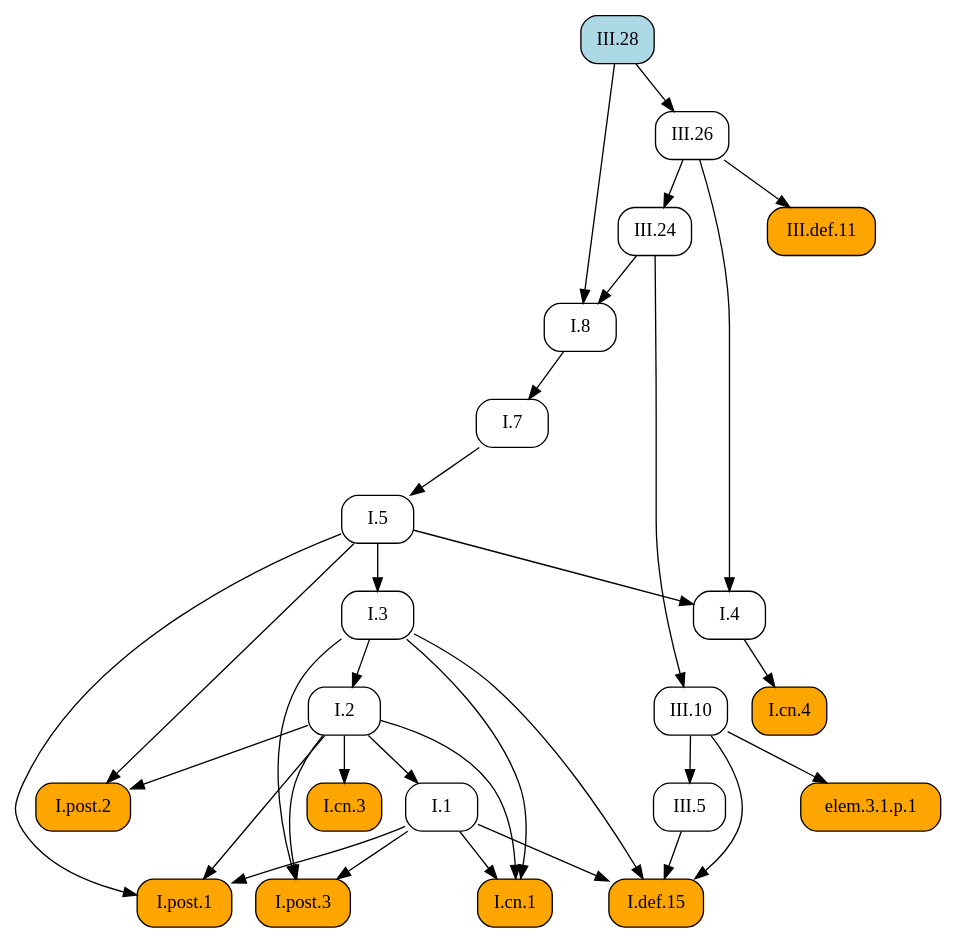
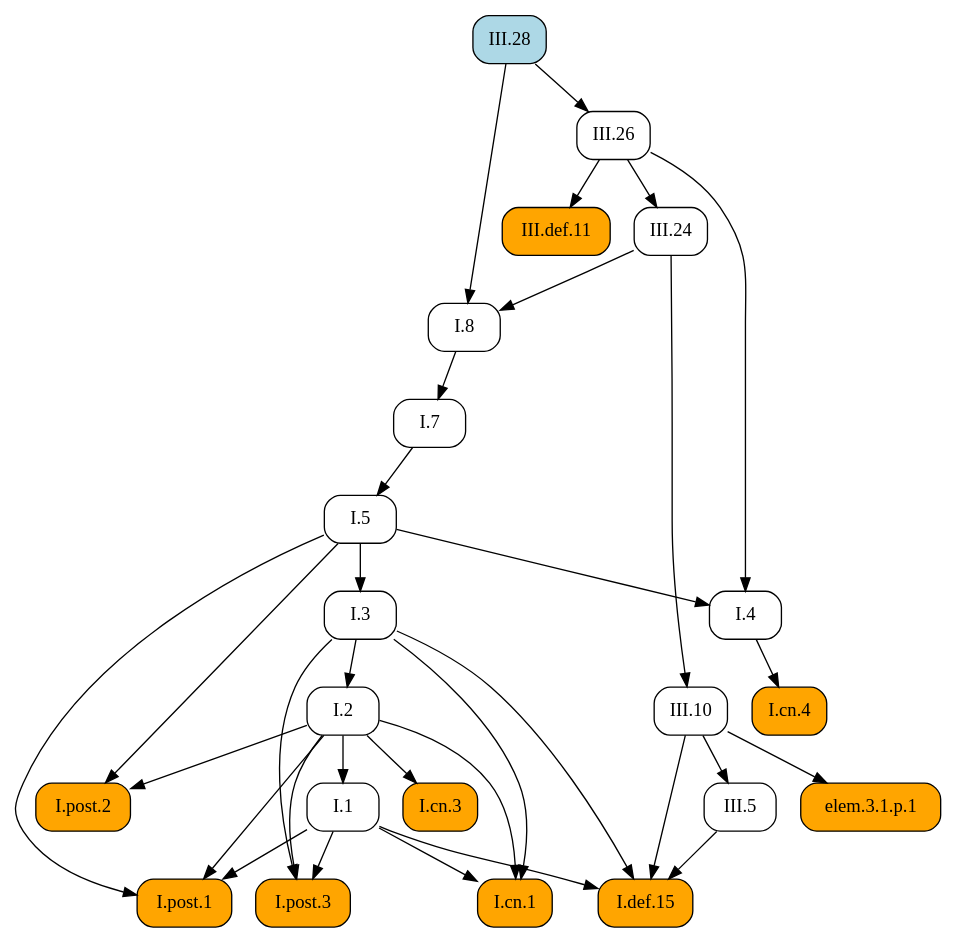
One commit to geometor/elements changed the diagram in docsrc/heath/III/28/index.rst. Above: the diagram before and after it, drawn with Graphviz. The commit also changed other lines of this file and 1029 other files, not shown here.

```diff
--- a/docsrc/heath/III/28/index.rst
+++ b/docsrc/heath/III/28/index.rst
@@ -55,59 +55,59 @@
 .. graphviz::
 
    digraph {
      rankdir="TB";
      node [shape=box, style=rounded];
-     "I.cn.3" [style="rounded,filled", fillcolor=orange, URL="/heath/I/cn.3/", target="_top"];
-     "I.5" [URL="/heath/I/5/", target="_top"];
-     "III.def.11" [style="rounded,filled", fillcolor=orange, URL="/heath/III/def.11/", target="_top"];
+     "I.1" [URL="/heath/I/1/", target="_top"];
      "I.7" [URL="/heath/I/7/", target="_top"];
-     "I.4" [URL="/heath/I/4/", target="_top"];
      "I.3" [URL="/heath/I/3/", target="_top"];
      "III.26" [URL="/heath/III/26/", target="_top"];
+     "I.2" [URL="/heath/I/2/", target="_top"];
+     "I.4" [URL="/heath/I/4/", target="_top"];
+     "elem.3.1.p.1" [style="rounded,filled", fillcolor=orange];
+     "I.post.2" [style="rounded,filled", fillcolor=orange, URL="/heath/I/post.2/", target="_top"];
+     "III.def.11" [style="rounded,filled", fillcolor=orange, URL="/heath/III/def.11/", target="_top"];
+     "I.def.15" [style="rounded,filled", fillcolor=orange, URL="/heath/I/def.15/", target="_top"];
+     "III.10" [URL="/heath/III/10/", target="_top"];
+     "I.post.3" [style="rounded,filled", fillcolor=orange, URL="/heath/I/post.3/", target="_top"];
+     "I.cn.1" [style="rounded,filled", fillcolor=orange, URL="/heath/I/cn.1/", target="_top"];
+     "I.cn.3" [style="rounded,filled", fillcolor=orange, URL="/heath/I/cn.3/", target="_top"];
      "I.8" [URL="/heath/I/8/", target="_top"];
-     "III.10" [URL="/heath/III/10/", target="_top"];
-     "I.post.2" [style="rounded,filled", fillcolor=orange, URL="/heath/I/post.2/", target="_top"];
-     "I.2" [URL="/heath/I/2/", target="_top"];
-     "I.def.15" [style="rounded,filled", fillcolor=orange, URL="/heath/I/def.15/", target="_top"];
-     "I.1" [URL="/heath/I/1/", target="_top"];
+     "I.cn.4" [style="rounded,filled", fillcolor=orange, URL="/heath/I/cn.4/", target="_top"];
+     "III.28" [style="rounded,filled", fillcolor=lightblue, URL="/heath/III/28/", target="_top"];
+     "I.post.1" [style="rounded,filled", fillcolor=orange, URL="/heath/I/post.1/", target="_top"];
      "III.24" [URL="/heath/III/24/", target="_top"];
-     "I.post.3" [style="rounded,filled", fillcolor=orange, URL="/heath/I/post.3/", target="_top"];
-     "I.post.1" [style="rounded,filled", fillcolor=orange, URL="/heath/I/post.1/", target="_top"];
-     "III.28" [style="rounded,filled", fillcolor=lightblue, URL="/heath/III/28/", target="_top"];
-     "I.cn.4" [style="rounded,filled", fillcolor=orange, URL="/heath/I/cn.4/", target="_top"];
-     "elem.3.1.p.1" [style="rounded,filled", fillcolor=orange];
-     "I.cn.1" [style="rounded,filled", fillcolor=orange, URL="/heath/I/cn.1/", target="_top"];
+     "I.5" [URL="/heath/I/5/", target="_top"];
      "III.5" [URL="/heath/III/5/", target="_top"];
-     "I.2" -> "I.cn.3";
-     "I.7" -> "I.5";
-     "III.26" -> "III.def.11";
+     "I.2" -> "I.1";
      "I.8" -> "I.7";
+     "I.5" -> "I.3";
+     "III.28" -> "III.26";
+     "I.3" -> "I.2";
      "I.5" -> "I.4";
      "III.26" -> "I.4";
-     "I.5" -> "I.3";
-     "III.28" -> "III.26";
-     "III.24" -> "I.8";
-     "III.28" -> "I.8";
-     "III.24" -> "III.10";
+     "III.10" -> "elem.3.1.p.1";
      "I.2" -> "I.post.2";
      "I.5" -> "I.post.2";
-     "I.3" -> "I.2";
+     "III.26" -> "III.def.11";
      "I.1" -> "I.def.15";
      "I.3" -> "I.def.15";
      "III.5" -> "I.def.15";
      "III.10" -> "I.def.15";
-     "I.2" -> "I.1";
-     "III.26" -> "III.24";
+     "III.24" -> "III.10";
      "I.1" -> "I.post.3";
      "I.2" -> "I.post.3";
      "I.3" -> "I.post.3";
+     "I.1" -> "I.cn.1";
+     "I.2" -> "I.cn.1";
+     "I.3" -> "I.cn.1";
+     "I.2" -> "I.cn.3";
+     "III.24" -> "I.8";
+     "III.28" -> "I.8";
+     "I.4" -> "I.cn.4";
      "I.1" -> "I.post.1";
      "I.2" -> "I.post.1";
      "I.5" -> "I.post.1";
-     "I.4" -> "I.cn.4";
-     "III.10" -> "elem.3.1.p.1";
-     "I.1" -> "I.cn.1";
-     "I.2" -> "I.cn.1";
-     "I.3" -> "I.cn.1";
+     "III.26" -> "III.24";
+     "I.7" -> "I.5";
      "III.10" -> "III.5";
    }
```
